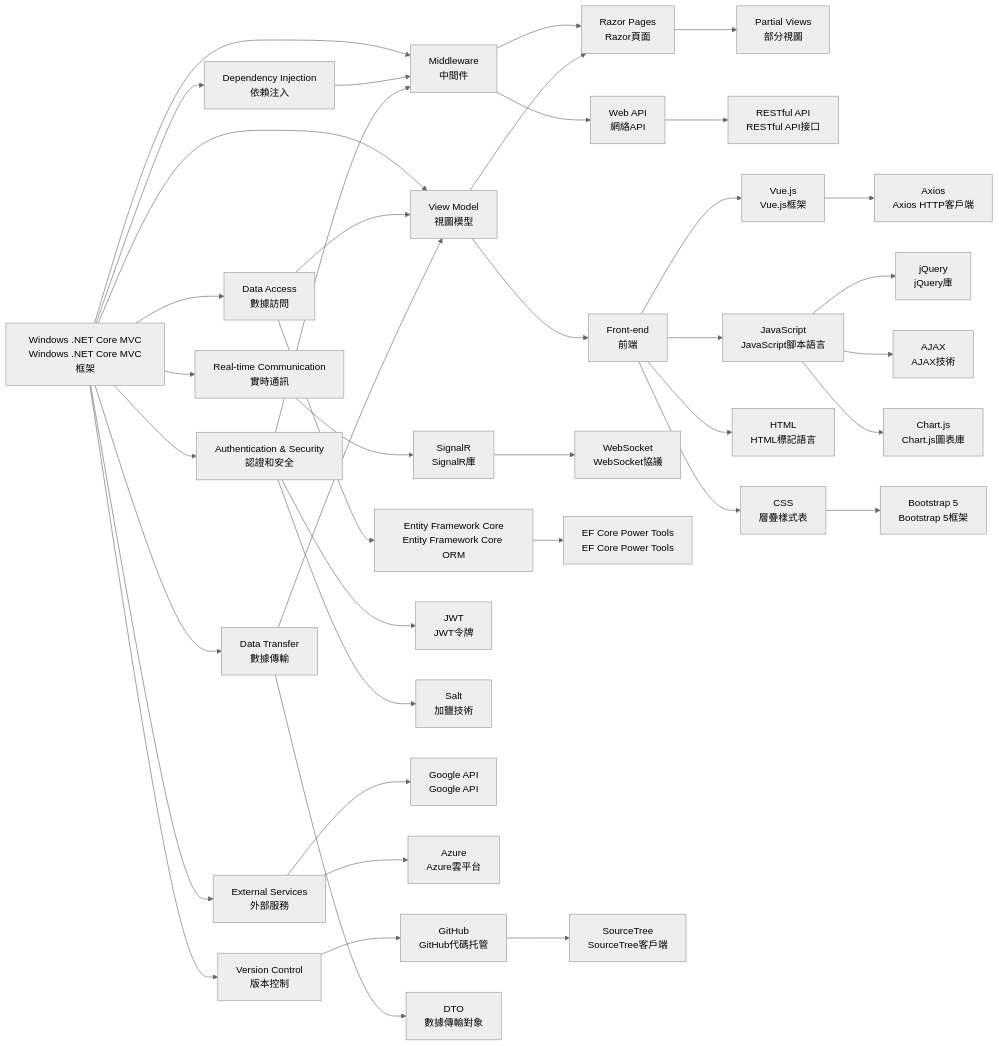
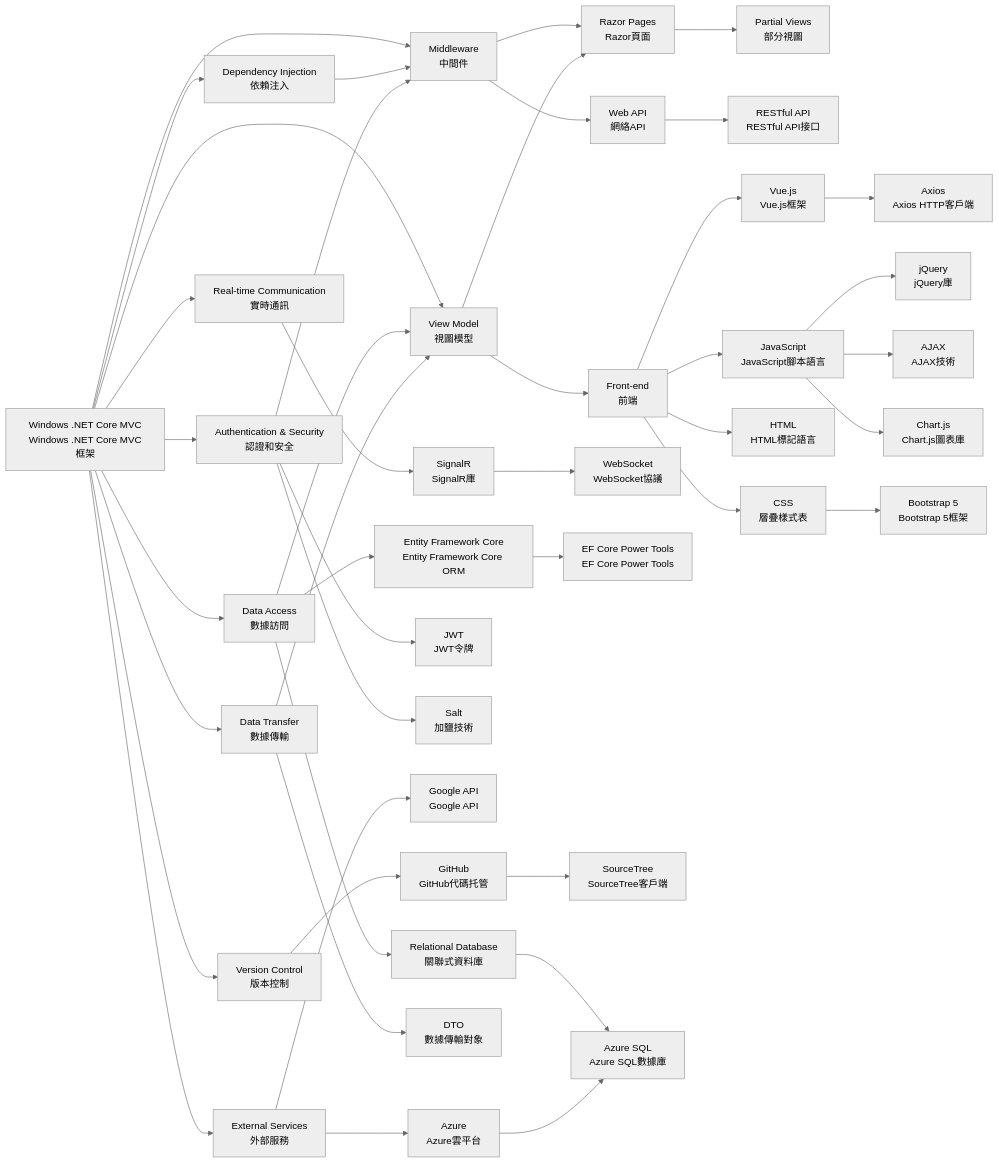
One commit to Turner-Chang/HaveFun changed the diagram in HaveFunTest/tech-stack-flowchart.mermaid. Above: the diagram before and after it, drawn with Mermaid (neutral theme).

Commit message:
Update tech-stack-flowchart.mermaid
更新技能樹2

```diff
--- a/HaveFunTest/tech-stack-flowchart.mermaid
+++ b/HaveFunTest/tech-stack-flowchart.mermaid
@@ -1,50 +1,43 @@
 graph LR
-         A[Windows .NET Core MVC<br>Windows .NET Core MVC框架] --> MW[Middleware<br>中間件]
+          A[Windows .NET Core MVC<br>Windows .NET Core MVC框架] --> MW[Middleware<br>中間件]
     MW --> B[Web API<br>網絡API]
     MW --> C[Razor Pages<br>Razor頁面]
     C --> CP[Partial Views<br>部分視圖]
     B --> D[RESTful API<br>RESTful API接口]
     A --> E[Dependency Injection<br>依賴注入]
     E --> MW
-    
     A --> VM[View Model<br>視圖模型]
     VM --> C
     VM --> F[Front-end<br>前端]
-    
     F --> G[Vue.js<br>Vue.js框架]
     F --> H[JavaScript<br>JavaScript腳本語言]
     F --> I[HTML<br>HTML標記語言]
     F --> CSS[CSS<br>層疊樣式表]
     CSS --> BS[Bootstrap 5<br>Bootstrap 5框架]
-    
     G --> J[Axios<br>Axios HTTP客戶端]
     H --> K[jQuery<br>jQuery庫]
     H --> L[AJAX<br>AJAX技術]
     H --> M[Chart.js<br>Chart.js圖表庫]
-    
     A --> N[Real-time Communication<br>實時通訊]
     N --> O[SignalR<br>SignalR庫]
     O --> P[WebSocket<br>WebSocket協議]
-    
     A --> Q[Data Access<br>數據訪問]
     Q --> R[Entity Framework Core<br>Entity Framework Core ORM]
     R --> S[EF Core Power Tools<br>EF Core Power Tools]
-    
     A --> T[Authentication & Security<br>認證和安全]
     T --> U[JWT<br>JWT令牌]
     T --> V[Salt<br>加鹽技術]
     T --> MW
-    
     A --> W[External Services<br>外部服務]
     W --> X[Google API<br>Google API]
     W --> Y[Azure<br>Azure雲平台]
-    
     A --> Z[Version Control<br>版本控制]
     Z --> AA[GitHub<br>GitHub代碼托管]
     AA --> AB[SourceTree<br>SourceTree客戶端]
-    
     A --> AC[Data Transfer<br>數據傳輸]
     AC --> AD[DTO<br>數據傳輸對象]
-    
     Q --> VM
     AC --> VM
+    Q --> RDB[Relational Database<br>關聯式資料庫]
+    RDB --> ASQL[Azure SQL<br>Azure SQL數據庫]
+    Y --> ASQL
```
